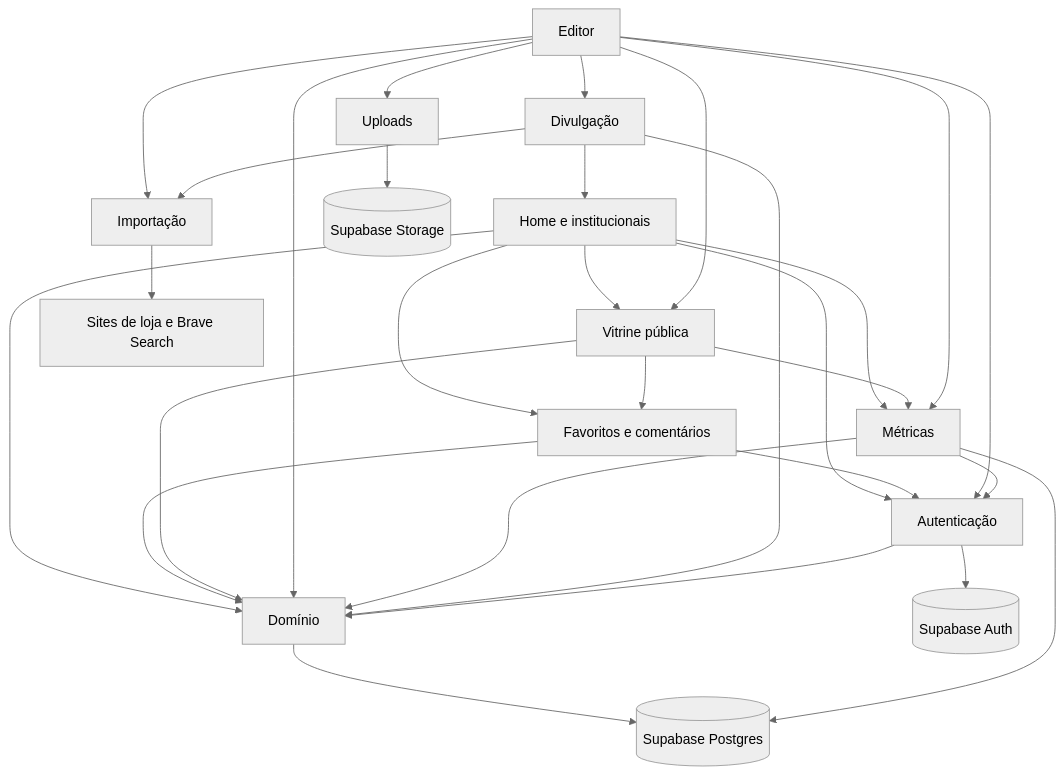
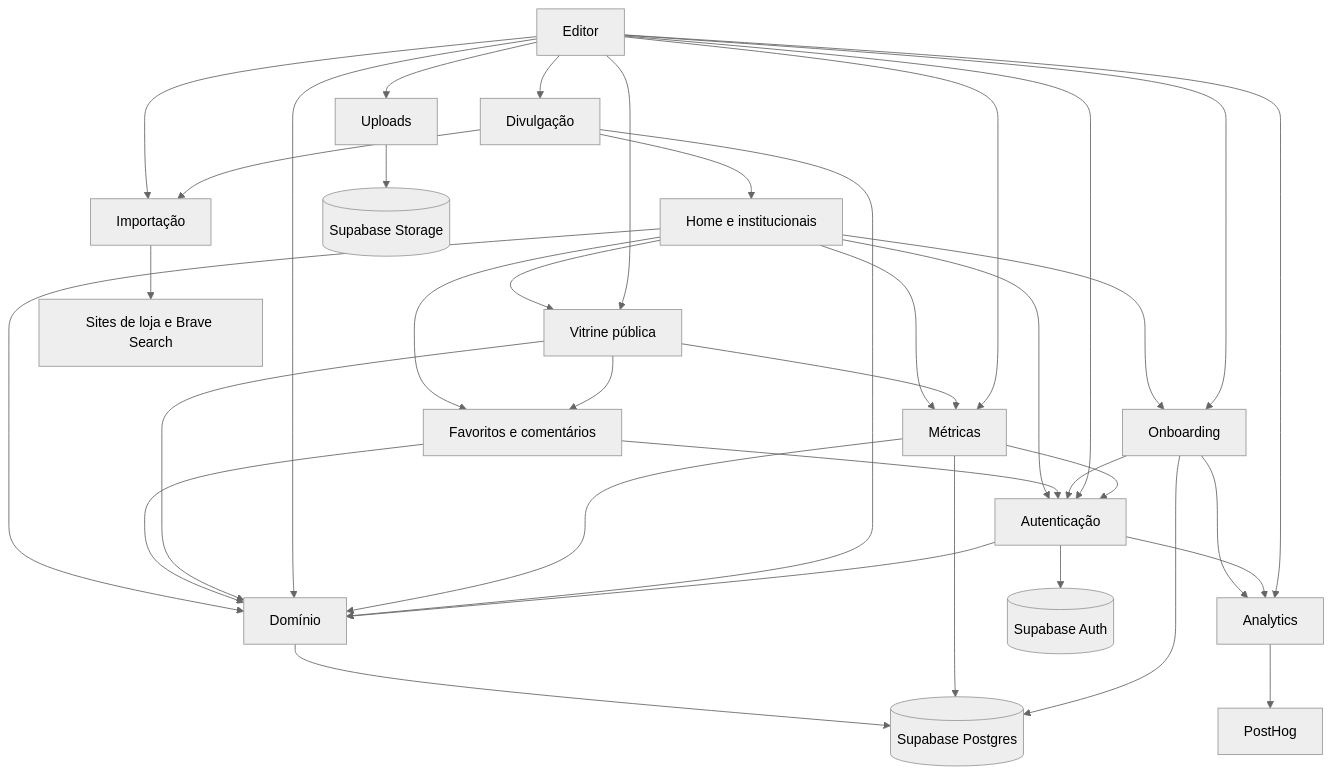
One commit to estevaons/myvitri changed the second of 7 diagrams in docs/architecture.md. Above: the diagram before and after it, drawn with Mermaid (neutral theme). The commit also changed other lines of this file and 33 other files, not shown here.

First line of the commit message:
feat: onboarding pós-cadastro e analytics com PostHog

````diff
--- a/docs/architecture.md
+++ b/docs/architecture.md
@@ -98,31 +107,39 @@
 ```mermaid
 graph TD
     HOME[Home e institucionais] --> DOM[Domínio]
     HOME --> AUTH[Autenticação]
     HOME --> VP[Vitrine pública]
     HOME --> MET
     HOME --> SOC
     VP --> SOC[Favoritos e comentários]
     SOC --> DOM
     SOC --> AUTH
     VP --> DOM
     VP --> MET[Métricas]
+    ONB[Onboarding] --> AUTH
+    ONB --> ANA[Analytics]
+    HOME --> ONB
+    ED --> ONB
+    AUTH --> ANA
+    ED --> ANA
     ED[Editor] --> DOM
     ED --> VP
     ED --> AUTH
     ED --> UP[Uploads]
     ED --> IMP[Importação]
     ED --> MET
     MET --> DOM
     MET --> AUTH
     ED --> DIV[Divulgação]
     DIV --> DOM
     DIV --> HOME
     DIV --> IMP
     AUTH --> DOM
     DOM --> SB[(Supabase Postgres)]
     AUTH --> SBA[(Supabase Auth)]
     UP --> SBS[(Supabase Storage)]
     MET --> SB
+    ONB --> SB
+    ANA --> PH[PostHog]
     IMP --> EXT[Sites de loja e Brave Search]
 ```
````
